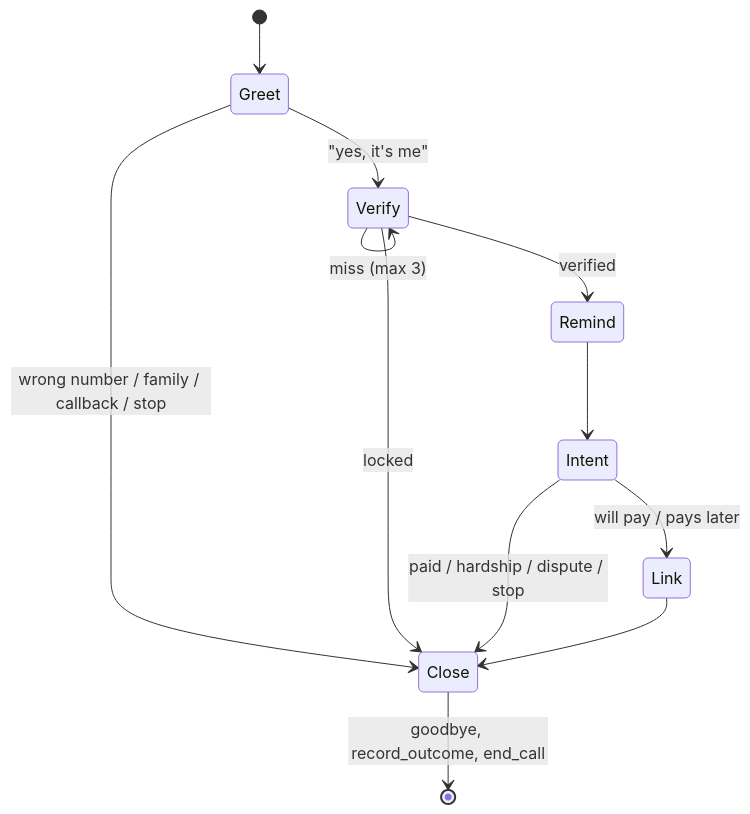
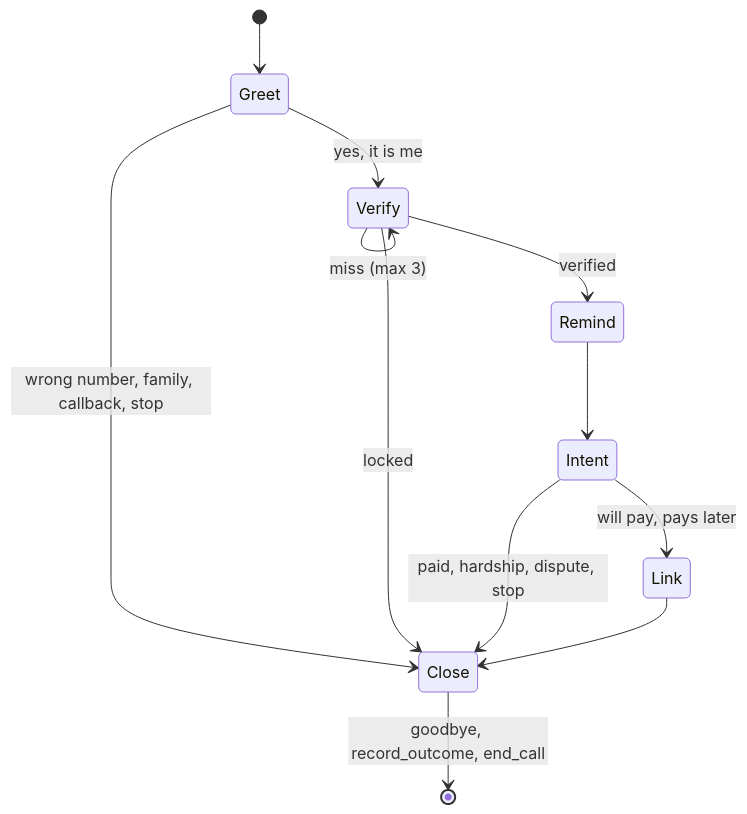
One commit to Shettysai/yal-voice changed the second of 3 diagrams in docs/DESIGN.md. Above: the diagram before and after it, drawn with Mermaid. The commit also changed other lines of this file and 15 other files, not shown here.

````diff
--- a/docs/DESIGN.md
+++ b/docs/DESIGN.md
@@ -20,14 +77,14 @@
 ```mermaid
 stateDiagram-v2
   [*] --> Greet
-  Greet --> Verify: "yes, it's me"
-  Greet --> Close: wrong number / family / callback / stop
+  Greet --> Verify: yes, it is me
+  Greet --> Close: wrong number, family, callback, stop
   Verify --> Remind: verified
   Verify --> Verify: miss (max 3)
   Verify --> Close: locked
   Remind --> Intent
-  Intent --> Link: will pay / pays later
-  Intent --> Close: paid / hardship / dispute / stop
+  Intent --> Link: will pay, pays later
+  Intent --> Close: paid, hardship, dispute, stop
   Link --> Close
   Close --> [*]: goodbye, record_outcome, end_call
 ```
````
